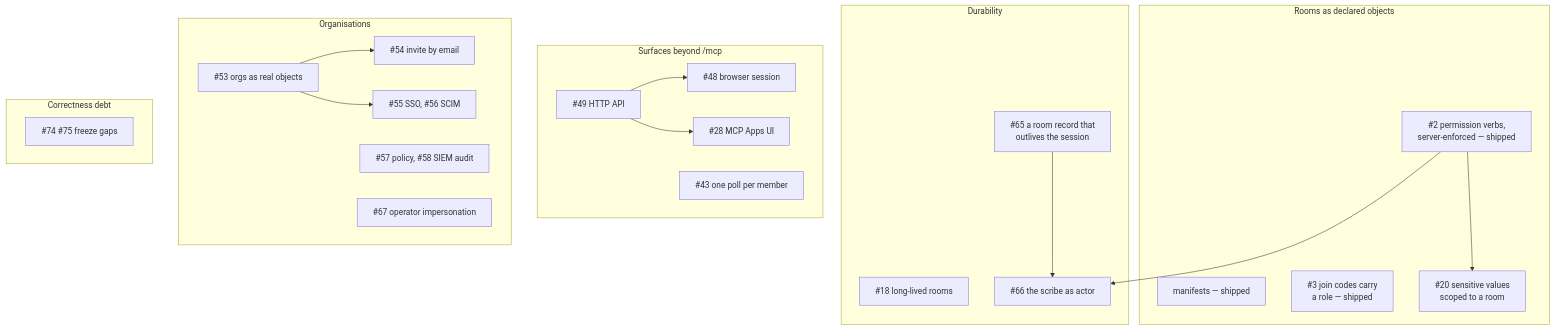
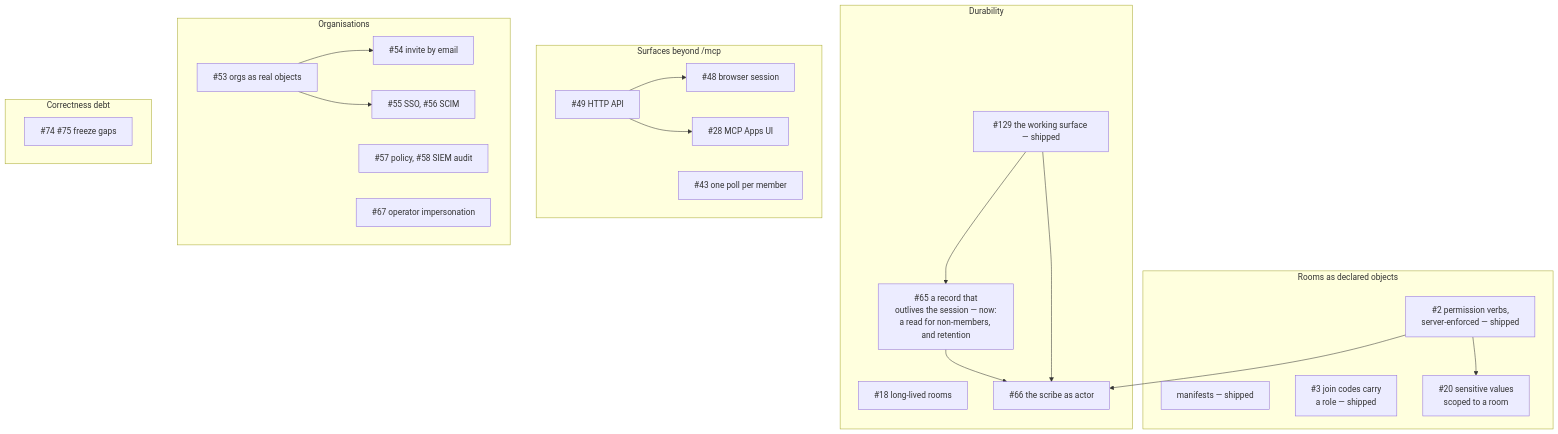
Before and after one commit to bellman-sh/bellman: the seventh of 7 diagrams in docs/ARCHITECTURE.md, drawn with Mermaid. The commit also changed other lines of this file and 4 other files, not shown here.

First line of the commit message:
Say in the README and the architecture what a room now carries beside its log

````diff
--- a/docs/ARCHITECTURE.md
+++ b/docs/ARCHITECTURE.md
@@ -732,38 +765,41 @@
 ```mermaid
 flowchart TB
     subgraph A["Rooms as declared objects"]
         A1["manifests — shipped"]
         A2["#2 permission verbs,<br/>server-enforced — shipped"]
         A3["#3 join codes carry<br/>a role — shipped"]
         A4["#20 sensitive values<br/>scoped to a room"]
     end
     subgraph B["Durability"]
+        B0["#129 the working surface — shipped"]
         B1["#18 long-lived rooms"]
-        B2["#65 a room record that<br/>outlives the session"]
+        B2["#65 a record that<br/>outlives the session — now:<br/>a read for non-members, and retention"]
         B3["#66 the scribe as actor"]
     end
     subgraph C["Surfaces beyond /mcp"]
         C1["#49 HTTP API"]
         C2["#48 browser session"]
         C3["#28 MCP Apps UI"]
         C4["#43 one poll per member"]
     end
     subgraph D["Organisations"]
         D1["#53 orgs as real objects"]
         D2["#54 invite by email"]
         D3["#55 SSO, #56 SCIM"]
         D4["#57 policy, #58 SIEM audit"]
         D5["#67 operator impersonation"]
     end
     subgraph E["Correctness debt"]
         E3["#74 #75 freeze gaps"]
     end
 
     A2 --> A4
     A2 --> B3
     B2 --> B3
+    B0 --> B2
+    B0 --> B3
     C1 --> C2
     C1 --> C3
     D1 --> D2
     D1 --> D3
 ```
````
